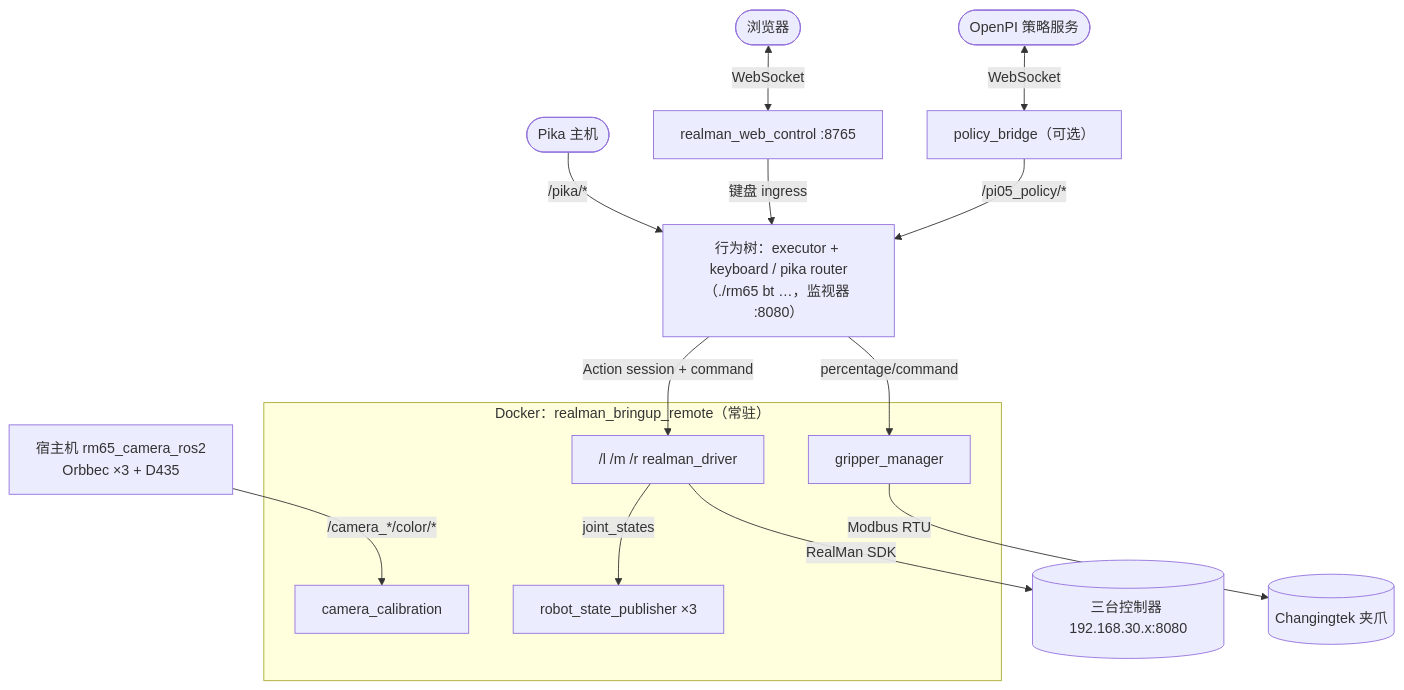
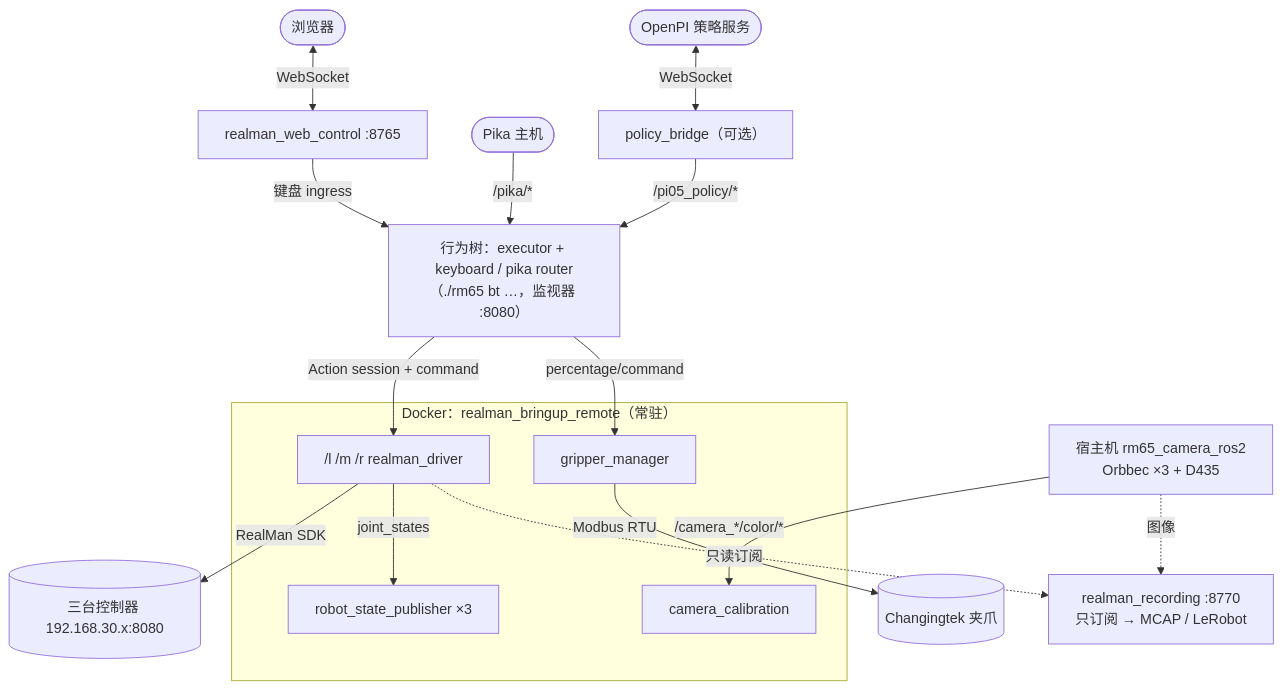
One commit to QingTianRobot/realman_pi changed the first of 3 diagrams in website/docs/architecture/overview.md. Above: the diagram before and after it, drawn with Mermaid. The commit also changed other lines of this file and 18 other files, not shown here.

````diff
--- a/website/docs/architecture/overview.md
+++ b/website/docs/architecture/overview.md
@@ -12,21 +12,24 @@
 ```mermaid
 flowchart TB
   BROW(["浏览器"]) <-->|WebSocket| WEB["realman_web_control :8765"]
+  REC["realman_recording :8770<br/>只订阅 → MCAP / LeRobot"]
   PIKA(["Pika 主机"]) -->|"/pika/*"| BT
   VLA(["OpenPI 策略服务"]) <-->|WebSocket| POL["policy_bridge（可选）"]
   WEB -->|"键盘 ingress"| BT
   POL -->|"/pi05_policy/*"| BT
   BT["行为树：executor + keyboard / pika router<br/>（./rm65 bt …，监视器 :8080）"]
   BT -->|"Action session + command"| DRV
   BT -->|"percentage/command"| GM
   CAM["宿主机 rm65_camera_ros2<br/>Orbbec ×3 + D435"] -->|"/camera_*/color/*"| CAL
   subgraph REMOTE["Docker：realman_bringup_remote（常驻）"]
     DRV["/l /m /r realman_driver"]
     GM["gripper_manager"]
     CAL["camera_calibration"]
     TF["robot_state_publisher ×3"]
   end
   DRV -->|"RealMan SDK"| ARM[("三台控制器 192.168.30.x:8080")]
   GM -->|"Modbus RTU"| GRIP[("Changingtek 夹爪")]
   DRV -->|"joint_states"| TF
+  DRV -.->|"只读订阅"| REC
+  CAM -.->|"图像"| REC
 ```
````
